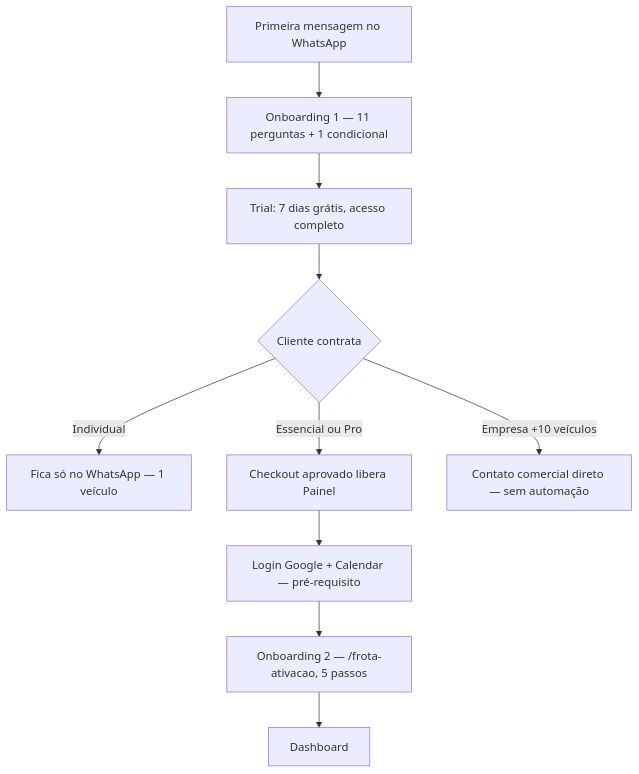
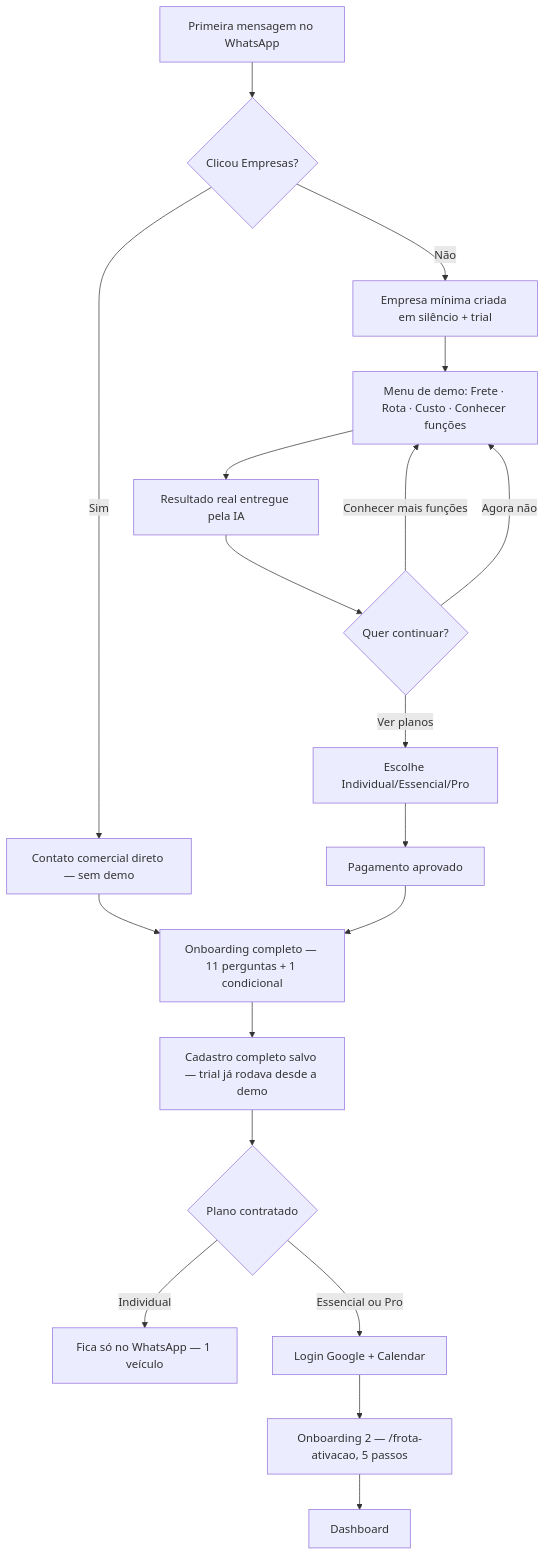
Before and after one commit to rafaelkamosaquario-cpu/frotaia: the diagram in docs/FROTA_IA_JORNADA_POR_PLANO_2026-09-10.md, drawn with Mermaid. The commit also changed other lines of this file and 6 other files, not shown here.

````diff
--- a/docs/FROTA_IA_JORNADA_POR_PLANO_2026-09-10.md
+++ b/docs/FROTA_IA_JORNADA_POR_PLANO_2026-09-10.md
@@ -9,12 +9,21 @@
 ```mermaid
 flowchart TD
-    Z[Primeira mensagem no WhatsApp] --> A[Onboarding 1 — 11 perguntas + 1 condicional]
-    A --> T[Trial: 7 dias grátis, acesso completo]
-    T --> P{Cliente contrata}
+    Z[Primeira mensagem no WhatsApp] --> EMP{"Clicou Empresas?"}
+    EMP -->|Sim| E[Contato comercial direto — sem demo]
+    E --> A[Onboarding completo — 11 perguntas + 1 condicional]
+    EMP -->|Não| MIN[Empresa mínima criada em silêncio + trial]
+    MIN --> MENU[Menu de demo: Frete · Rota · Custo · Conhecer funções]
+    MENU --> RES[Resultado real entregue pela IA]
+    RES --> CTA{"Quer continuar?"}
+    CTA -->|Ver planos| PLANOS[Escolhe Individual/Essencial/Pro]
+    CTA -->|Conhecer mais funções| MENU
+    CTA -->|Agora não| MENU
+    PLANOS --> PAGO[Pagamento aprovado]
+    PAGO --> A
+    A --> T[Cadastro completo salvo — trial já rodava desde a demo]
+    T --> P{Plano contratado}
     P -->|Individual| I[Fica só no WhatsApp — 1 veículo]
-    P -->|Essencial ou Pro| G[Checkout aprovado libera Painel]
-    G --> GC[Login Google + Calendar — pré-requisito]
-    GC --> O2[Onboarding 2 — /frota-ativacao, 5 passos]
+    P -->|Essencial ou Pro| G[Login Google + Calendar]
+    G --> O2[Onboarding 2 — /frota-ativacao, 5 passos]
     O2 --> D[Dashboard]
-    P -->|Empresa +10 veículos| E[Contato comercial direto — sem automação]
 ```
````
